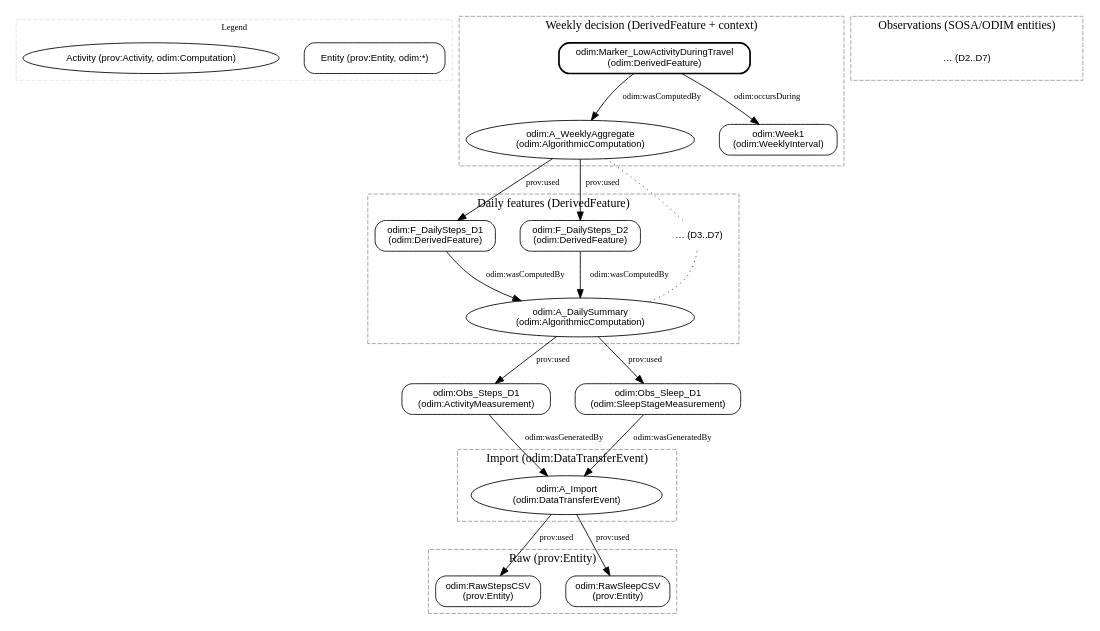
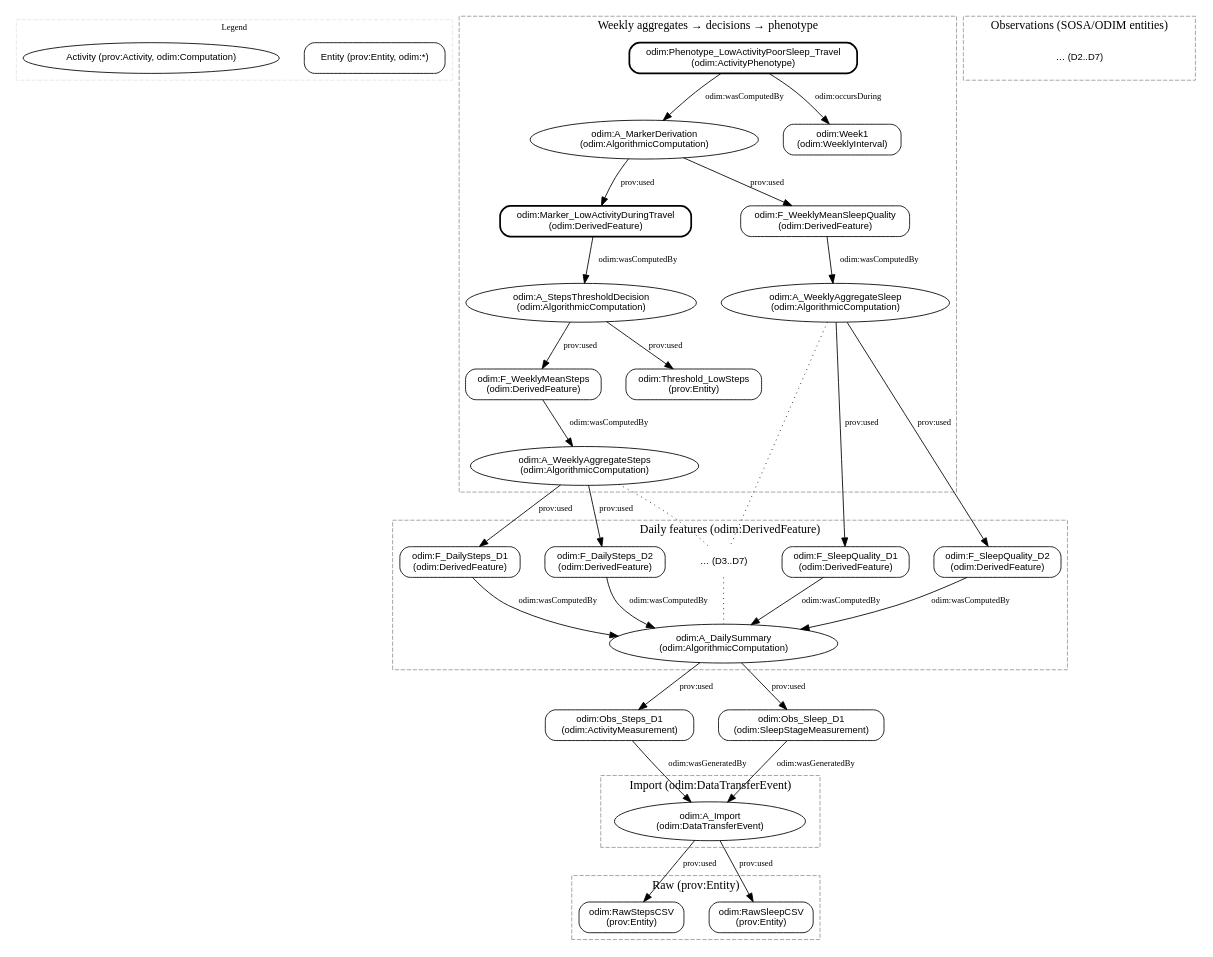
Before and after one commit to MentalHealthMission/MHM-ontology: the diagram in docs/presentation/demo_graph.dot, drawn with Graphviz. The commit also changed 2 other files, not shown here.

Commit message:
docs(presentation): extend demo with sleep quality features, weekly aggregates, and combined phenotype marker; update diagram

```diff
--- a/docs/presentation/demo_graph.dot
+++ b/docs/presentation/demo_graph.dot
@@ -1,82 +1,107 @@
 digraph DemoFlow {
   rankdir=TB;
   splines=true;
   nodesep=0.4;
   ranksep=0.6;
 
   // Default node styles
   node [fontname="Helvetica", fontsize=11, style=rounded];
 
   // Define simple styling by type
   subgraph cluster_legend {
     label="Legend"; fontsize=10; color=gray90; style=dashed;
     keyE [label="Entity (prov:Entity, odim:*)", shape=box];
     keyA [label="Activity (prov:Activity, odim:Computation)", shape=ellipse];
   }
 
   // Raw entities (prov:Entity)
   subgraph cluster_raw {
     label="Raw (prov:Entity)"; style=dashed; color=gray60;
     RawSteps [label="odim:RawStepsCSV\n(prov:Entity)", shape=box];
     RawSleep [label="odim:RawSleepCSV\n(prov:Entity)", shape=box];
   }
 
   // Import activity
   subgraph cluster_import {
     label="Import (odim:DataTransferEvent)"; style=dashed; color=gray60;
     Import [label="odim:A_Import\n(odim:DataTransferEvent)", shape=ellipse];
   }
 
   // Observations (entities)
   subgraph cluster_obs {
     label="Observations (SOSA/ODIM entities)"; style=dashed; color=gray60;
     ObsSteps [label="odim:Obs_Steps_D1\n(odim:ActivityMeasurement)", shape=box];
     ObsSleep [label="odim:Obs_Sleep_D1\n(odim:SleepStageMeasurement)", shape=box];
     ObsDots  [label="… (D2..D7)", shape=plaintext];
   }
 
-  // Daily computation + features
+  // Daily computation + features (steps + sleep quality)
   subgraph cluster_daily {
-    label="Daily features (DerivedFeature)"; style=dashed; color=gray60;
+    label="Daily features (odim:DerivedFeature)"; style=dashed; color=gray60;
     DailyComp [label="odim:A_DailySummary\n(odim:AlgorithmicComputation)", shape=ellipse];
     F1 [label="odim:F_DailySteps_D1\n(odim:DerivedFeature)", shape=box];
     F2 [label="odim:F_DailySteps_D2\n(odim:DerivedFeature)", shape=box];
     FDots [label="… (D3..D7)", shape=plaintext];
+    SQ1 [label="odim:F_SleepQuality_D1\n(odim:DerivedFeature)", shape=box];
+    SQ2 [label="odim:F_SleepQuality_D2\n(odim:DerivedFeature)", shape=box];
   }
 
-  // Weekly aggregation + marker
+  // Weekly aggregation + decisions + combined phenotype
   subgraph cluster_weekly {
-    label="Weekly decision (DerivedFeature + context)"; style=dashed; color=gray60;
-    WeeklyComp [label="odim:A_WeeklyAggregate\n(odim:AlgorithmicComputation)", shape=ellipse];
+    label="Weekly aggregates → decisions → phenotype"; style=dashed; color=gray60;
+    WeeklySteps [label="odim:A_WeeklyAggregateSteps\n(odim:AlgorithmicComputation)", shape=ellipse];
+    MeanSteps [label="odim:F_WeeklyMeanSteps\n(odim:DerivedFeature)", shape=box];
+    Thresh [label="odim:Threshold_LowSteps\n(prov:Entity)", shape=box];
+    StepsDecision [label="odim:A_StepsThresholdDecision\n(odim:AlgorithmicComputation)", shape=ellipse];
     Marker [label="odim:Marker_LowActivityDuringTravel\n(odim:DerivedFeature)", shape=box, style="rounded,bold"];
+
+    WeeklySleep [label="odim:A_WeeklyAggregateSleep\n(odim:AlgorithmicComputation)", shape=ellipse];
+    MeanSleep [label="odim:F_WeeklyMeanSleepQuality\n(odim:DerivedFeature)", shape=box];
+
+    Combine [label="odim:A_MarkerDerivation\n(odim:AlgorithmicComputation)", shape=ellipse];
+    Phenotype [label="odim:Phenotype_LowActivityPoorSleep_Travel\n(odim:ActivityPhenotype)", shape=box, style="rounded,bold"];
     Week [label="odim:Week1\n(odim:WeeklyInterval)", shape=box];
   }
 
   // Edges with exact predicates
   // Import used raw files (prov:used: Activity -> Entity)
   Import -> RawSteps [label="prov:used", fontsize=10];
   Import -> RawSleep [label="prov:used", fontsize=10];
 
   // Observations were generated by Import (odim:wasGeneratedBy: Entity -> Activity)
   ObsSteps -> Import [label="odim:wasGeneratedBy", fontsize=10];
   ObsSleep -> Import [label="odim:wasGeneratedBy", fontsize=10];
   {rank=same; ObsSteps; ObsSleep;}
 
   // Daily computation used observations (prov:used)
   DailyComp -> ObsSteps [label="prov:used", fontsize=10];
   DailyComp -> ObsSleep [label="prov:used", fontsize=10];
 
-  // Daily features were computed by DailyComp (odim:wasComputedBy: Entity -> Activity)
+  // Daily features were computed by DailyComp (odim:wasComputedBy)
   F1 -> DailyComp [label="odim:wasComputedBy", fontsize=10];
   F2 -> DailyComp [label="odim:wasComputedBy", fontsize=10];
+  SQ1 -> DailyComp [label="odim:wasComputedBy", fontsize=10];
+  SQ2 -> DailyComp [label="odim:wasComputedBy", fontsize=10];
   FDots -> DailyComp [style=dotted, arrowhead=none];
 
-  // Weekly computation used daily features (prov:used)
-  WeeklyComp -> F1 [label="prov:used", fontsize=10];
-  WeeklyComp -> F2 [label="prov:used", fontsize=10];
-  WeeklyComp -> FDots [style=dotted, arrowhead=none];
+  // Weekly steps aggregate and decision
+  WeeklySteps -> F1 [label="prov:used", fontsize=10];
+  WeeklySteps -> F2 [label="prov:used", fontsize=10];
+  WeeklySteps -> FDots [style=dotted, arrowhead=none];
+  MeanSteps -> WeeklySteps [label="odim:wasComputedBy", fontsize=10];
+  StepsDecision -> MeanSteps [label="prov:used", fontsize=10];
+  StepsDecision -> Thresh [label="prov:used", fontsize=10];
+  Marker -> StepsDecision [label="odim:wasComputedBy", fontsize=10];
 
-  // Marker was computed by WeeklyComp, and occursDuring Week1
-  Marker -> WeeklyComp [label="odim:wasComputedBy", fontsize=10];
-  Marker -> Week [label="odim:occursDuring", fontsize=10];
+  // Weekly sleep quality aggregate
+  WeeklySleep -> SQ1 [label="prov:used", fontsize=10];
+  WeeklySleep -> SQ2 [label="prov:used", fontsize=10];
+  WeeklySleep -> FDots [style=dotted, arrowhead=none];
+  MeanSleep -> WeeklySleep [label="odim:wasComputedBy", fontsize=10];
+
+  // Combined phenotype marker
+  Combine -> Marker [label="prov:used", fontsize=10];
+  Combine -> MeanSleep [label="prov:used", fontsize=10];
+  Phenotype -> Combine [label="odim:wasComputedBy", fontsize=10];
+  Phenotype -> Week [label="odim:occursDuring", fontsize=10];
 }
```
